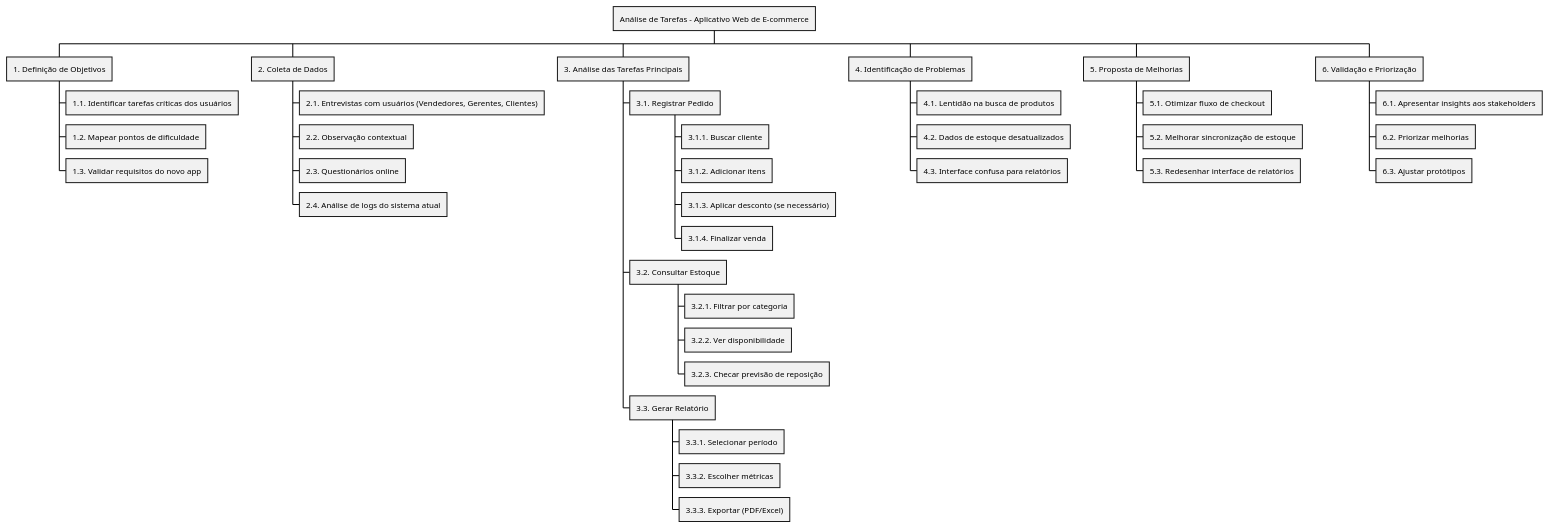
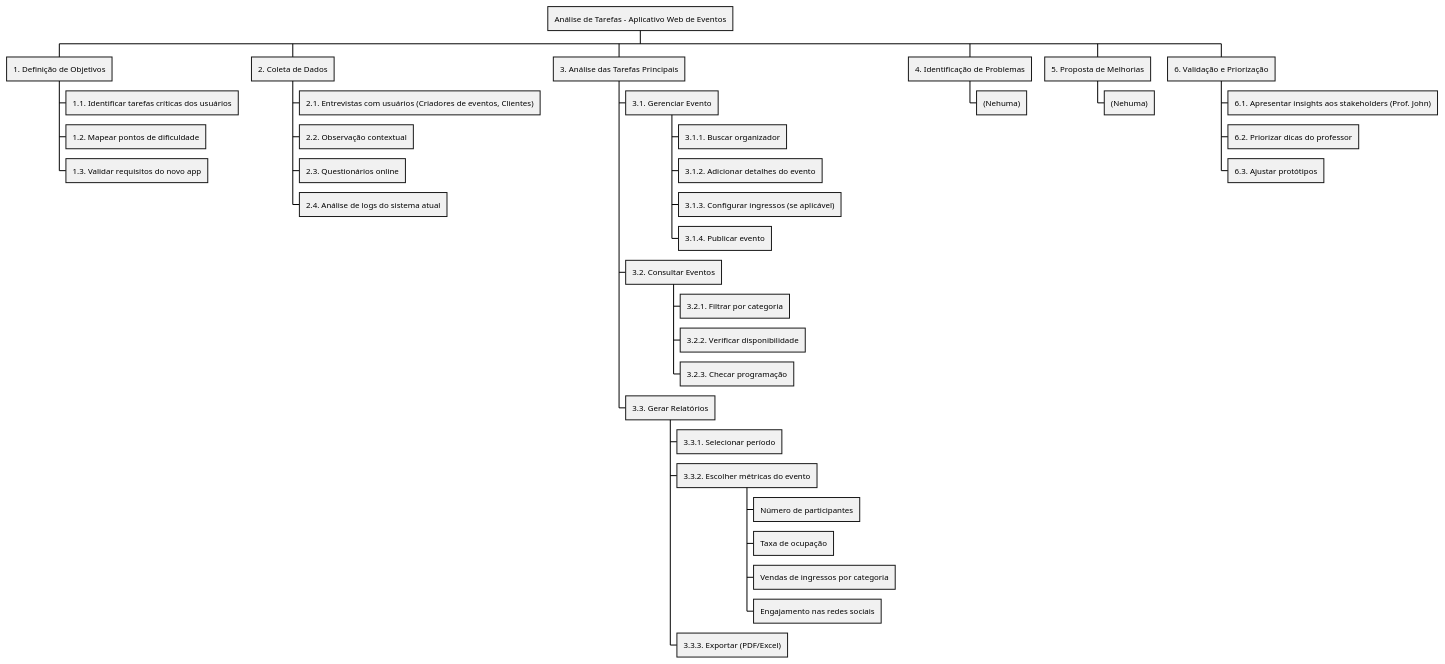
One commit to Projetos-de-Extensao/PFE_25.1_8001_BetoCuenca changed the first of 2 diagrams in docs/base/AHT.wsd. Above: the diagram before and after it, drawn with PlantUML.

Commit message:
Improved wbs map to be event site specific

```diff
--- a/docs/base/AHT.wsd
+++ b/docs/base/AHT.wsd
@@ -1,43 +1,43 @@
 @startwbs
 skinparam monochrome true
 skinparam shadowing false
 skinparam ArrowColor #000000
 skinparam BackgroundColor #FFFFFF
 
-* Análise de Tarefas - Aplicativo Web de E-commerce
+* Análise de Tarefas - Aplicativo Web de Eventos
 ** 1. Definição de Objetivos
 *** 1.1. Identificar tarefas críticas dos usuários
 *** 1.2. Mapear pontos de dificuldade
 *** 1.3. Validar requisitos do novo app
 ** 2. Coleta de Dados
-*** 2.1. Entrevistas com usuários (Vendedores, Gerentes, Clientes)
+*** 2.1. Entrevistas com usuários (Criadores de eventos, Clientes)
 *** 2.2. Observação contextual
 *** 2.3. Questionários online
 *** 2.4. Análise de logs do sistema atual
 ** 3. Análise das Tarefas Principais
-*** 3.1. Registrar Pedido
-**** 3.1.1. Buscar cliente
-**** 3.1.2. Adicionar itens
-**** 3.1.3. Aplicar desconto (se necessário)
-**** 3.1.4. Finalizar venda
-*** 3.2. Consultar Estoque
+*** 3.1. Gerenciar Evento
+**** 3.1.1. Buscar organizador
+**** 3.1.2. Adicionar detalhes do evento
+**** 3.1.3. Configurar ingressos (se aplicável)
+**** 3.1.4. Publicar evento
+*** 3.2. Consultar Eventos
 **** 3.2.1. Filtrar por categoria
-**** 3.2.2. Ver disponibilidade
-**** 3.2.3. Checar previsão de reposição
-*** 3.3. Gerar Relatório
+**** 3.2.2. Verificar disponibilidade
+**** 3.2.3. Checar programação
+*** 3.3. Gerar Relatórios
 **** 3.3.1. Selecionar período
-**** 3.3.2. Escolher métricas
+**** 3.3.2. Escolher métricas do evento
+***** Número de participantes
+***** Taxa de ocupação
+***** Vendas de ingressos por categoria
+***** Engajamento nas redes sociais
 **** 3.3.3. Exportar (PDF/Excel)
 ** 4. Identificação de Problemas
-*** 4.1. Lentidão na busca de produtos
-*** 4.2. Dados de estoque desatualizados
-*** 4.3. Interface confusa para relatórios
+*** (Nehuma)
 ** 5. Proposta de Melhorias
-*** 5.1. Otimizar fluxo de checkout
-*** 5.2. Melhorar sincronização de estoque
-*** 5.3. Redesenhar interface de relatórios
+*** (Nehuma)
 ** 6. Validação e Priorização
-*** 6.1. Apresentar insights aos stakeholders
-*** 6.2. Priorizar melhorias
+*** 6.1. Apresentar insights aos stakeholders (Prof. John)
+*** 6.2. Priorizar dicas do professor
 *** 6.3. Ajustar protótipos
 @endwbs
```
